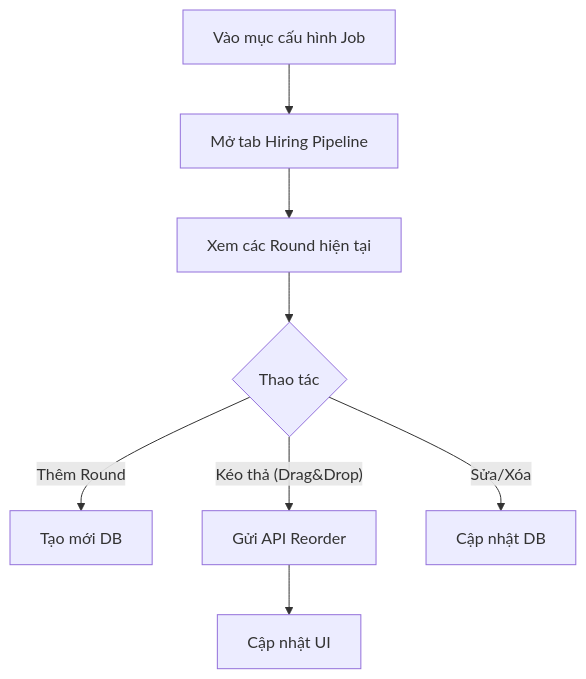
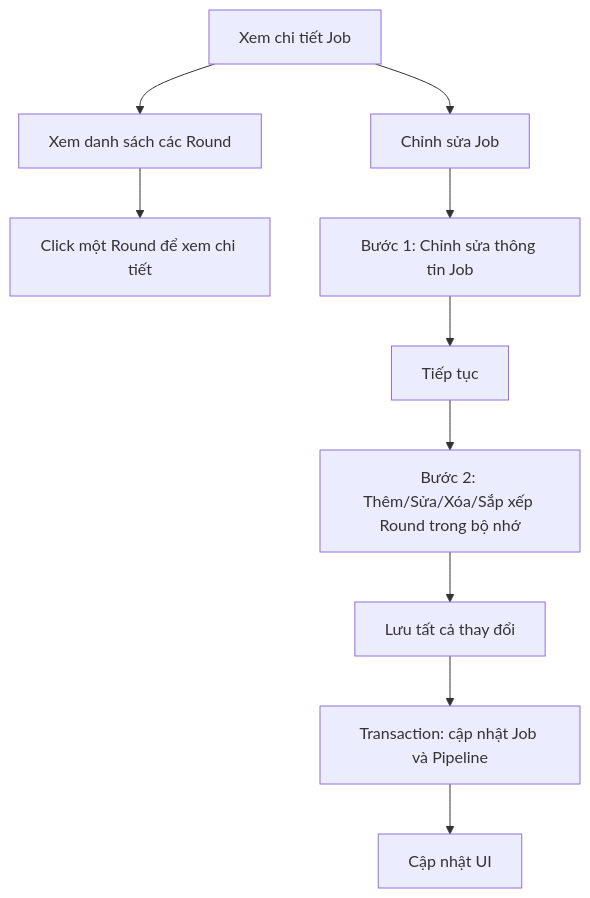
Before and after one commit to VanHaPtit/EasyTech_FE: the diagram in nghiep_vu/epic-04_Pipeline_Automation/user-story-16_Cau_Hinh_Pipeline/user-story.md, drawn with Mermaid. The commit also changed other lines of this file and 10 other files, not shown here.

Commit message:
Resolve merge conflict và cập nhật tính năng quản lý Job, Dashboard

````diff
--- a/nghiep_vu/epic-04_Pipeline_Automation/user-story-16_Cau_Hinh_Pipeline/user-story.md
+++ b/nghiep_vu/epic-04_Pipeline_Automation/user-story-16_Cau_Hinh_Pipeline/user-story.md
@@ -23,10 +23,12 @@
 ```mermaid
 graph TD
-    A[Vào mục cấu hình Job] --> B[Mở tab Hiring Pipeline]
-    B --> C[Xem các Round hiện tại]
-    C --> D{Thao tác}
-    D -- Thêm Round --> E[Tạo mới DB]
-    D -- Kéo thả (Drag&Drop) --> F[Gửi API Reorder]
-    D -- Sửa/Xóa --> G[Cập nhật DB]
-    F --> H[Cập nhật UI]
+    A[Xem chi tiết Job] --> B[Xem danh sách các Round]
+    B --> C[Click một Round để xem chi tiết]
+    A --> D[Chỉnh sửa Job]
+    D --> E[Bước 1: Chỉnh sửa thông tin Job]
+    E --> F[Tiếp tục]
+    F --> G[Bước 2: Thêm/Sửa/Xóa/Sắp xếp Round trong bộ nhớ]
+    G --> H[Lưu tất cả thay đổi]
+    H --> I[Transaction: cập nhật Job và Pipeline]
+    I --> J[Cập nhật UI]
 ```
````
